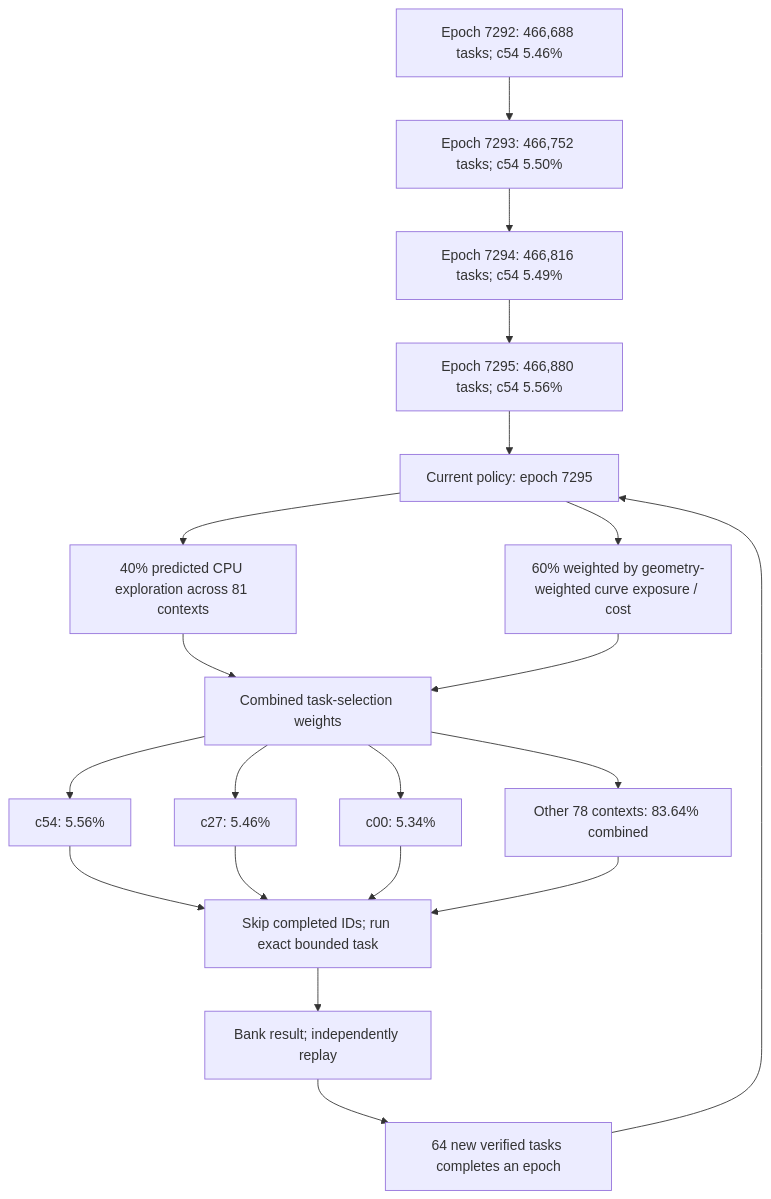
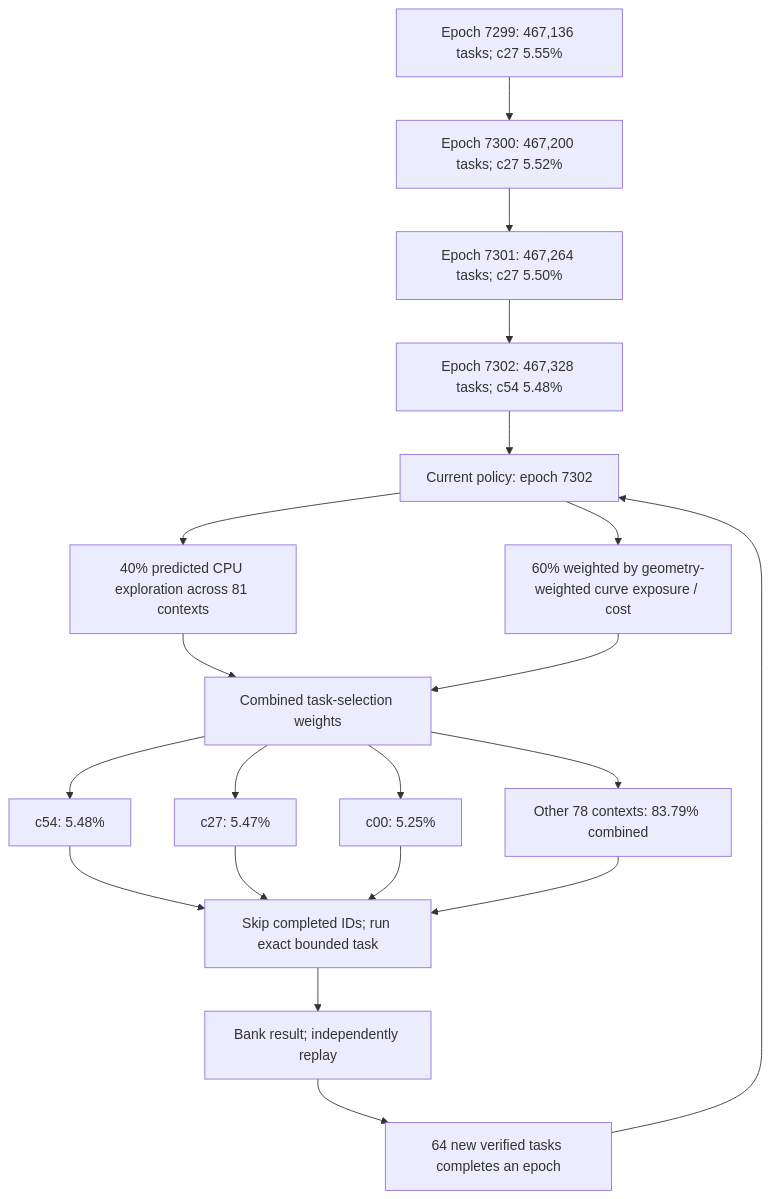
One commit to Kuberwastaken/math-gambling changed the first of 4 diagrams in README.md. Above: the diagram before and after it, drawn with Mermaid. The commit also changed other lines of this file and 1461 other files, not shown here.

````diff
--- a/README.md
+++ b/README.md
@@ -60,27 +60,27 @@
 ```mermaid
 flowchart TD
-    H0["Epoch 7292: 466,688 tasks; c54 5.46%"]
-    H1["Epoch 7293: 466,752 tasks; c54 5.50%"]
+    H0["Epoch 7299: 467,136 tasks; c27 5.55%"]
+    H1["Epoch 7300: 467,200 tasks; c27 5.52%"]
     H0 --> H1
-    H2["Epoch 7294: 466,816 tasks; c54 5.49%"]
+    H2["Epoch 7301: 467,264 tasks; c27 5.50%"]
     H1 --> H2
-    H3["Epoch 7295: 466,880 tasks; c54 5.56%"]
+    H3["Epoch 7302: 467,328 tasks; c54 5.48%"]
     H2 --> H3
-    Policy["Current policy: epoch 7295"]
+    Policy["Current policy: epoch 7302"]
     H3 --> Policy
     Policy --> Explore["40% predicted CPU exploration across 81 contexts"]
     Policy --> Cost["60% weighted by geometry-weighted curve exposure / cost"]
     Explore --> Mix["Combined task-selection weights"]
     Cost --> Mix
-    Mix --> C0["c54: 5.56%"]
-    Mix --> C1["c27: 5.46%"]
-    Mix --> C2["c00: 5.34%"]
-    Mix --> Rest["Other 78 contexts: 83.64% combined"]
+    Mix --> C0["c54: 5.48%"]
+    Mix --> C1["c27: 5.47%"]
+    Mix --> C2["c00: 5.25%"]
+    Mix --> Rest["Other 78 contexts: 83.79% combined"]
     C0 --> Check["Skip completed IDs; run exact bounded task"]
     C1 --> Check
     C2 --> Check
     Rest --> Check
     Check --> Replay["Bank result; independently replay"]
     Replay --> Gate["64 new verified tasks completes an epoch"]
     Gate --> Policy
 ```
````
